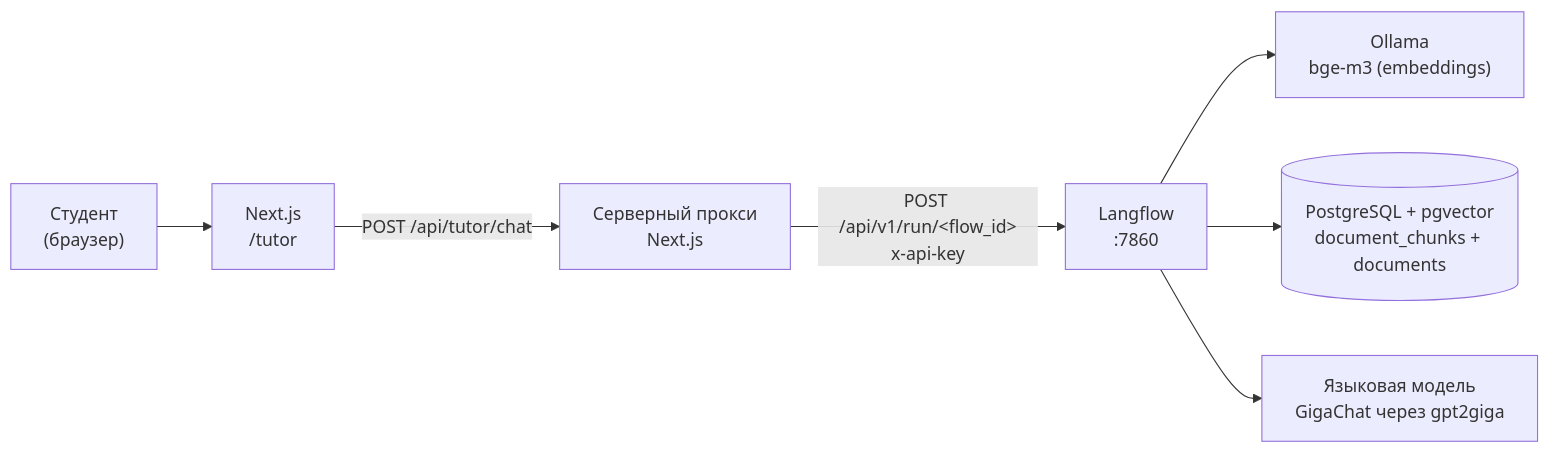
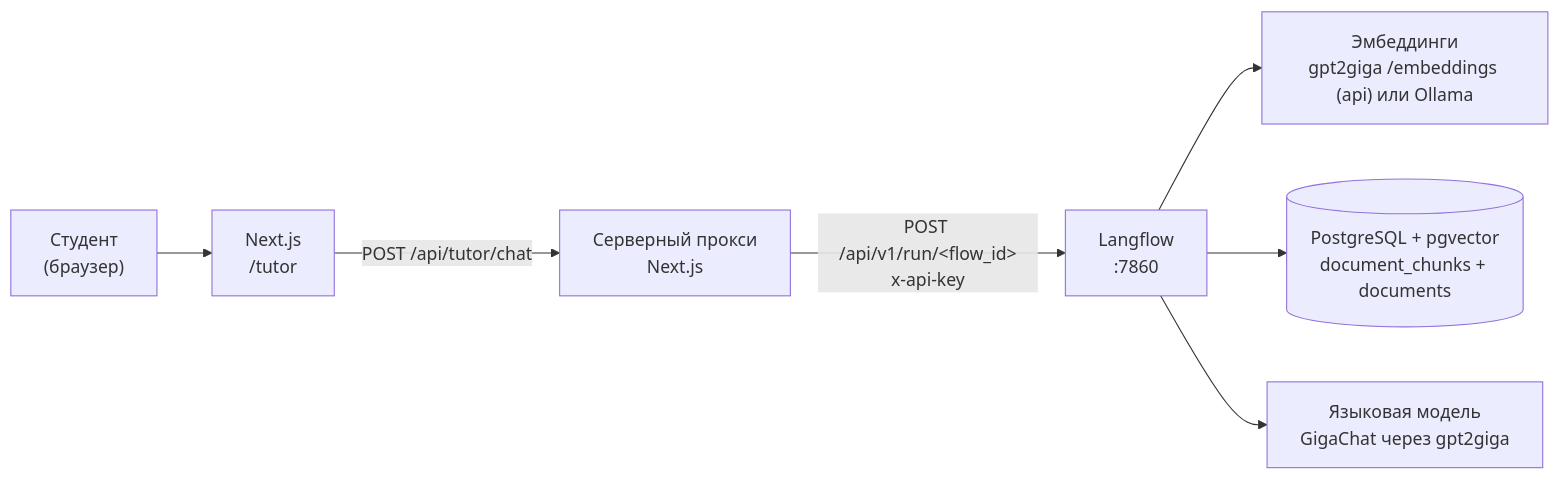
Before and after one commit to InsomniaGlitch/proedu_2026-2027: the first of 2 diagrams in README.md, drawn with Mermaid. The commit also changed other lines of this file and 1 other file, not shown here.

Commit message:
сделал зависимость от ollama опциональной (1/3)

````diff
--- a/README.md
+++ b/README.md
@@ -37,9 +37,9 @@
 ```mermaid
 flowchart LR
     U["Студент<br/>(браузер)"] --> F["Next.js<br/>/tutor"]
     F -->|"POST /api/tutor/chat"| P["Серверный прокси<br/>Next.js"]
     P -->|"POST /api/v1/run/&lt;flow_id&gt;<br/>x-api-key"| L["Langflow<br/>:7860"]
-    L --> E["Ollama<br/>bge-m3 (embeddings)"]
+    L --> E["Эмбеддинги<br/>gpt2giga /embeddings (api) или Ollama"]
     L --> D[("PostgreSQL + pgvector<br/>document_chunks + documents")]
     L --> M["Языковая модель<br/>GigaChat через gpt2giga"]
 ```
````
